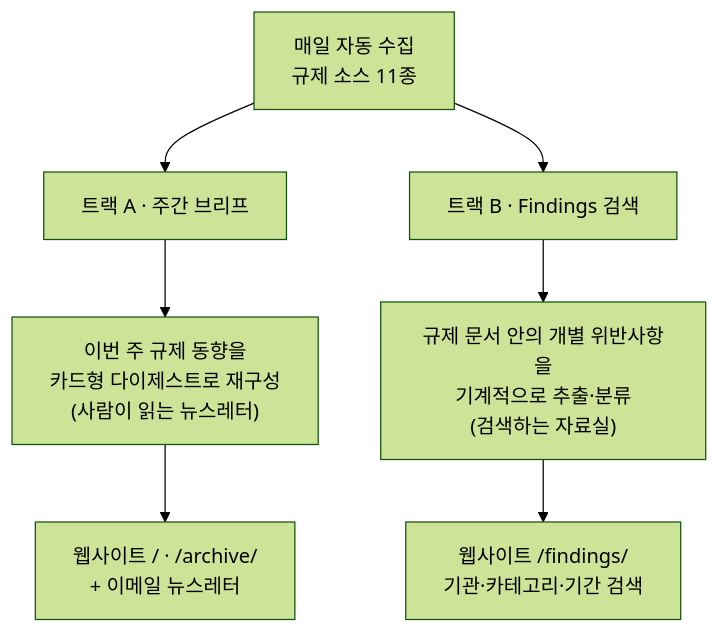
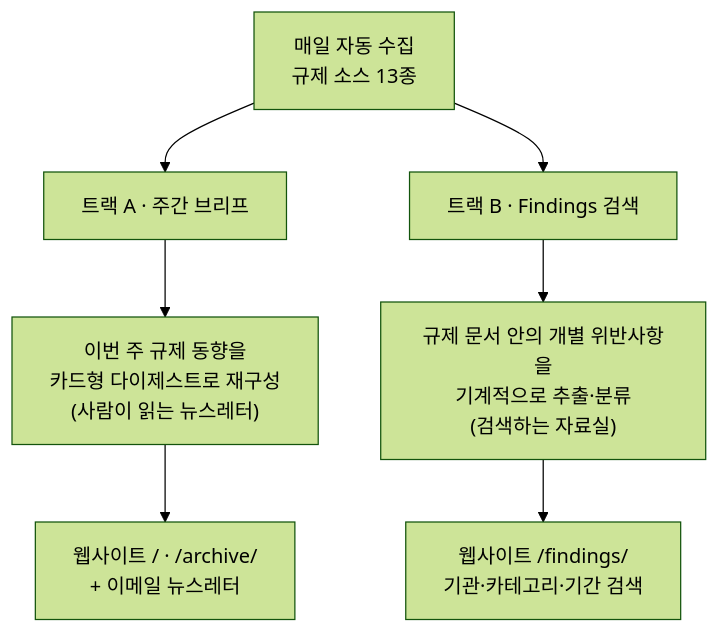
The first of 3 diagrams in GRM_SYSTEM.md (MINHOYEOM/grm-api-intake), drawn with Mermaid (forest theme) before and after one commit. The commit also changed other lines of this file and 1 other file, not shown here.

````diff
--- a/GRM_SYSTEM.md
+++ b/GRM_SYSTEM.md
@@ -39,10 +39,10 @@
 ```mermaid
 flowchart TD
-    S[매일 자동 수집<br/>규제 소스 11종]
+    S[매일 자동 수집<br/>규제 소스 13종]
     S --> A[트랙 A · 주간 브리프]
     S --> B[트랙 B · Findings 검색]
     A --> A1["이번 주 규제 동향을<br/>카드형 다이제스트로 재구성<br/>(사람이 읽는 뉴스레터)"]
     A1 --> A2["웹사이트 / · /archive/<br/>+ 이메일 뉴스레터"]
     B --> B1["규제 문서 안의 개별 위반사항을<br/>기계적으로 추출·분류<br/>(검색하는 자료실)"]
     B1 --> B2["웹사이트 /findings/<br/>기관·카테고리·기간 검색"]
 ```
````
